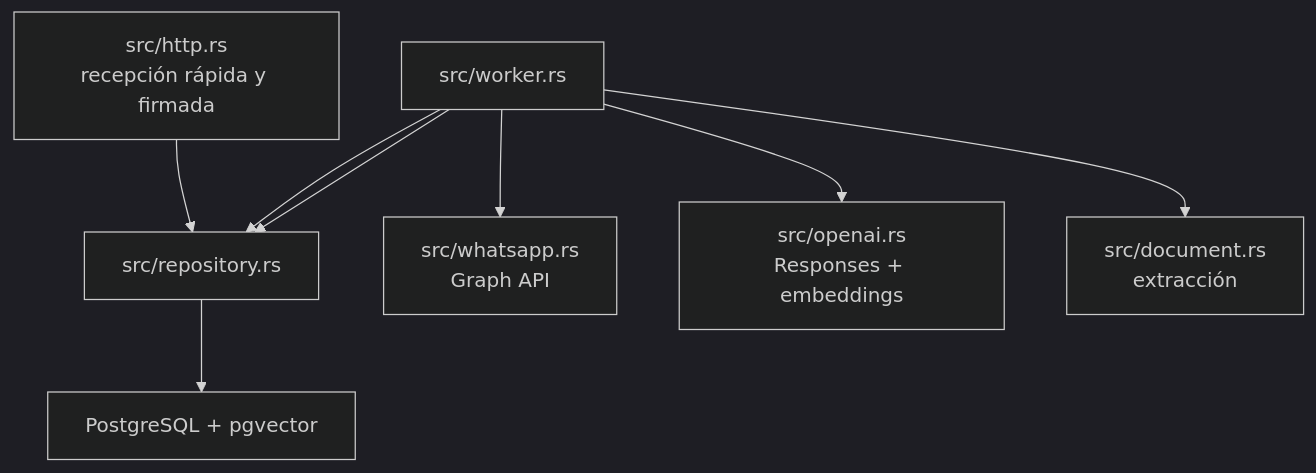
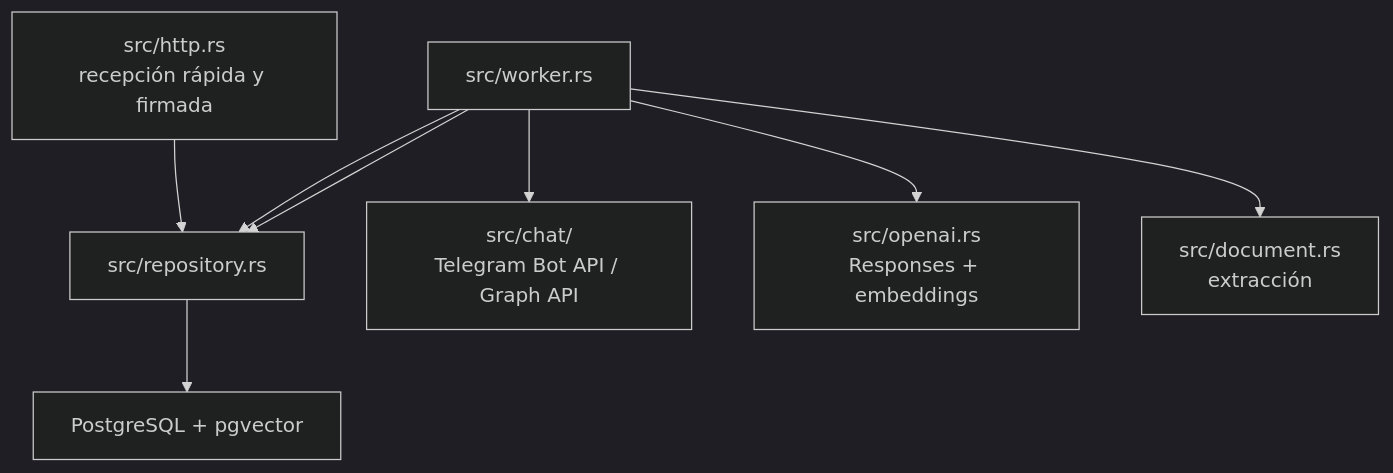
One commit to andrescastiglia/agora changed the diagram in Agents.md. Above: the diagram before and after it, drawn with Mermaid (dark theme). The commit also changed other lines of this file and 32 other files, not shown here.

````diff
--- a/Agents.md
+++ b/Agents.md
@@ -28,10 +33,10 @@
 ```mermaid
 flowchart TD
     http["src/http.rs<br/>recepción rápida y firmada"] --> repo["src/repository.rs"]
     repo --> db["PostgreSQL + pgvector"]
     worker["src/worker.rs"] --> repo
-    worker --> wa["src/whatsapp.rs<br/>Graph API"]
+    worker --> chat["src/chat/<br/>Telegram Bot API / Graph API"]
     worker --> ai["src/openai.rs<br/>Responses + embeddings"]
     worker --> docs["src/document.rs<br/>extracción"]
     worker --> repo
 ```
````
